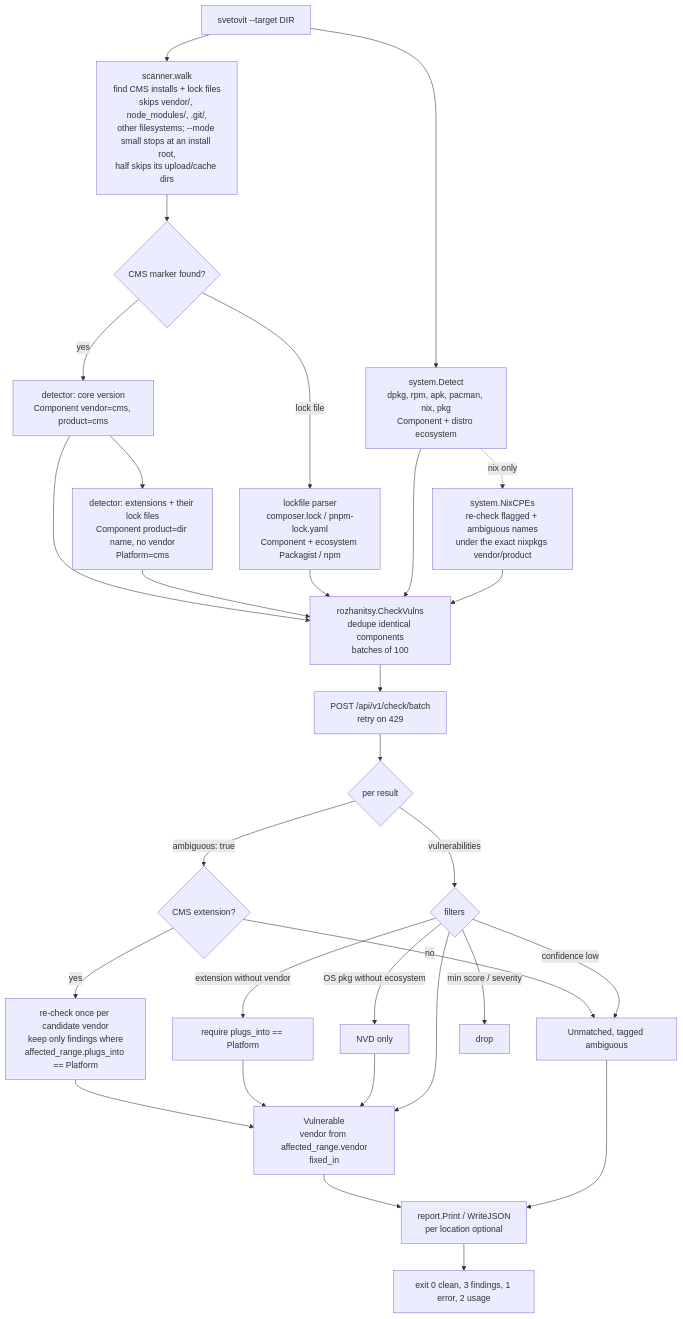
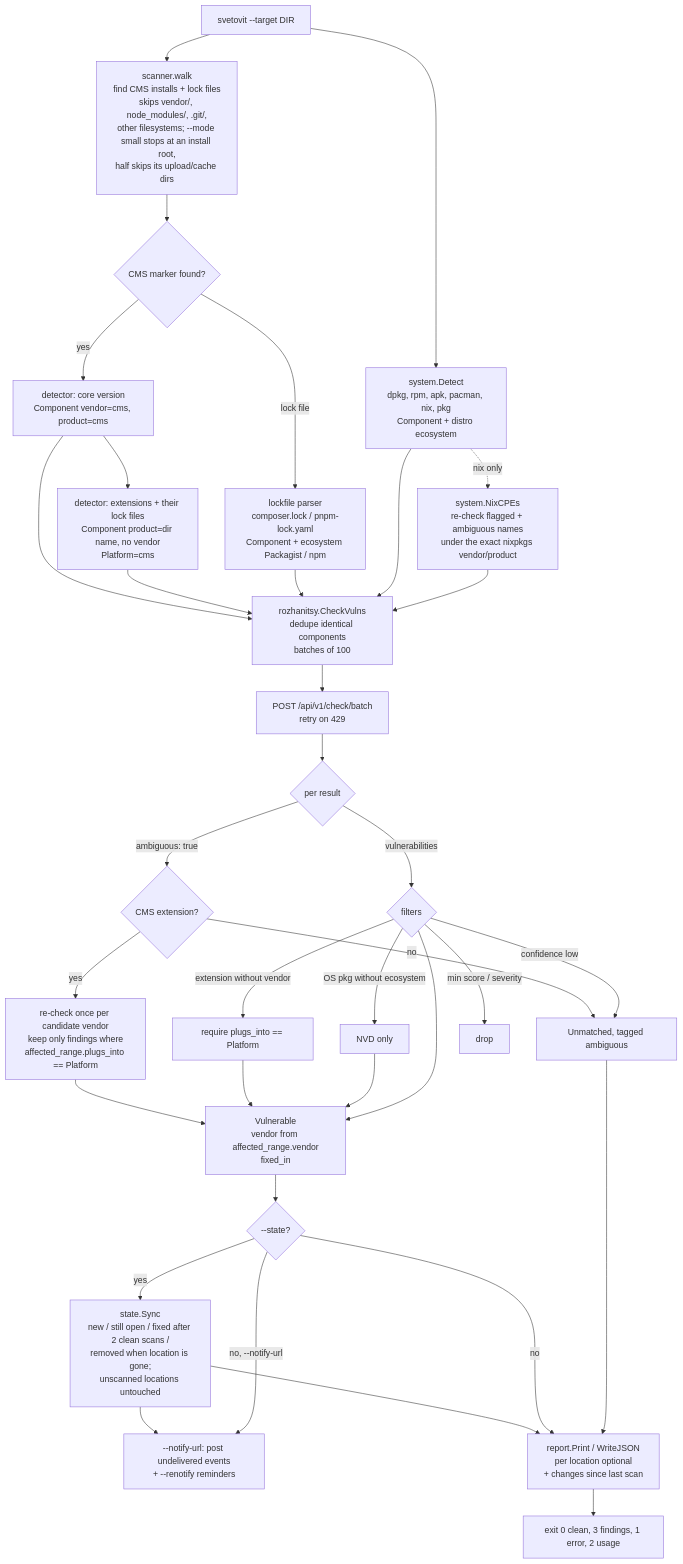
One commit to TadeasDitte/svetovit changed the diagram in docs/flow.md. Above: the diagram before and after it, drawn with Mermaid. The commit also changed other lines of this file and 12 other files, not shown here.

````diff
--- a/docs/flow.md
+++ b/docs/flow.md
@@ -6,38 +6,43 @@
 ```mermaid
 flowchart TD
     A[svetovit --target DIR] --> B[scanner.walk<br/>find CMS installs + lock files<br/>skips vendor/, node_modules/, .git/,<br/>other filesystems; --mode small stops at an install root,<br/>half skips its upload/cache dirs]
     B --> C{CMS marker found?}
     C -->|yes| D[detector: core version<br/>Component vendor=cms, product=cms]
     D --> E[detector: extensions + their lock files<br/>Component product=dir name, no vendor<br/>Platform=cms]
     C -->|lock file| F[lockfile parser<br/>composer.lock / pnpm-lock.yaml<br/>Component + ecosystem Packagist / npm]
     A --> G[system.Detect<br/>dpkg, rpm, apk, pacman, nix, pkg<br/>Component + distro ecosystem]
 
     D --> H
     E --> H
     F --> H
     G --> H
 
     H[rozhanitsy.CheckVulns<br/>dedupe identical components<br/>batches of 100] --> I[POST /api/v1/check/batch<br/>retry on 429]
     I --> J{per result}
 
     J -->|ambiguous: true| K{CMS extension?}
     K -->|no| U[Unmatched, tagged ambiguous]
     K -->|yes| L[re-check once per candidate vendor<br/>keep only findings where<br/>affected_range.plugs_into == Platform]
     L --> V
 
     J -->|vulnerabilities| M{filters}
     M -->|extension without vendor| N[require plugs_into == Platform]
     M -->|OS pkg without ecosystem| O[NVD only]
     M -->|confidence low| U
     M -->|min score / severity| P[drop]
     N --> V
     O --> V
     M --> V[Vulnerable<br/>vendor from affected_range.vendor<br/>fixed_in]
 
     G -. nix only .-> Q[system.NixCPEs<br/>re-check flagged + ambiguous names<br/>under the exact nixpkgs vendor/product]
     Q --> H
 
-    V --> R[report.Print / WriteJSON<br/>per location optional]
+    V --> T{--state?}
+    T -->|yes| W[state.Sync<br/>new / still open / fixed after 2 clean scans /<br/>removed when location is gone;<br/>unscanned locations untouched]
+    W --> X[--notify-url: post undelivered events<br/>+ --renotify reminders]
+    T -->|no, --notify-url| X
+    W --> R[report.Print / WriteJSON<br/>per location optional<br/>+ changes since last scan]
+    T -->|no| R
     U --> R
     R --> S[exit 0 clean, 3 findings, 1 error, 2 usage]
 ```
````
